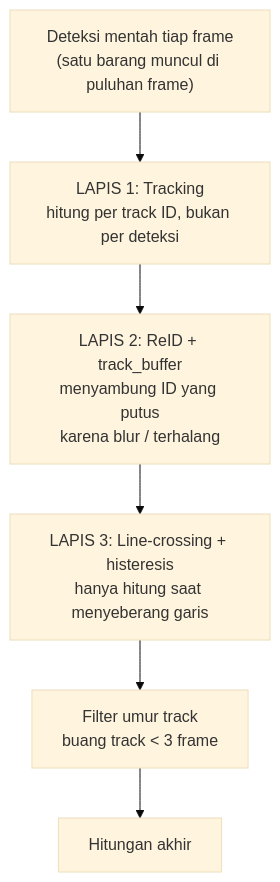
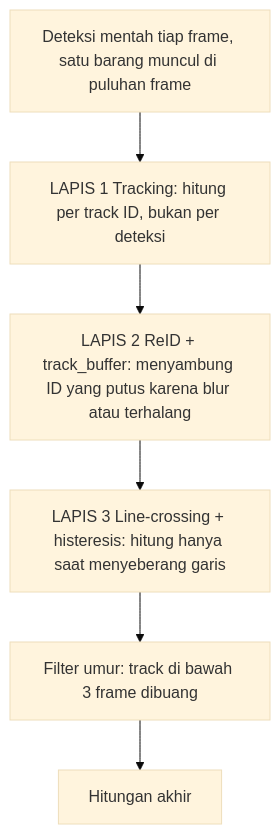
One commit to marshal-rizky/Stocklens changed the sixth of 11 diagrams in docs/proposal/DRAFT-PROPOSAL.md. Above: the diagram before and after it, drawn with Mermaid (base theme). The commit also changed other lines of this file and 2 other files, not shown here.

````diff
--- a/docs/proposal/DRAFT-PROPOSAL.md
+++ b/docs/proposal/DRAFT-PROPOSAL.md
@@ -245,11 +238,10 @@
 ```mermaid
 flowchart TB
-    L0["Deteksi mentah tiap frame<br/>(satu barang muncul di puluhan frame)"]
-    L1["LAPIS 1: Tracking<br/>hitung per track ID, bukan per deteksi"]
-    L2["LAPIS 2: ReID + track_buffer<br/>menyambung ID yang putus<br/>karena blur / terhalang"]
-    L3["LAPIS 3: Line-crossing + histeresis<br/>hanya hitung saat menyeberang garis"]
-    L4["Filter umur track<br/>buang track < 3 frame"]
+    L0["Deteksi mentah tiap frame, satu barang muncul di puluhan frame"]
+    L1["LAPIS 1 Tracking: hitung per track ID, bukan per deteksi"]
+    L2["LAPIS 2 ReID + track_buffer: menyambung ID yang putus karena blur atau terhalang"]
+    L3["LAPIS 3 Line-crossing + histeresis: hitung hanya saat menyeberang garis"]
+    L4["Filter umur: track di bawah 3 frame dibuang"]
     L5["Hitungan akhir"]
-
     L0 --> L1 --> L2 --> L3 --> L4 --> L5
 ```
````
